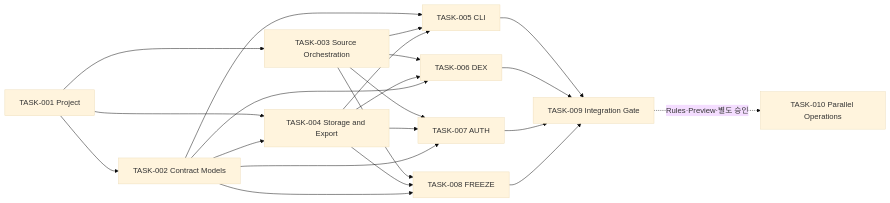
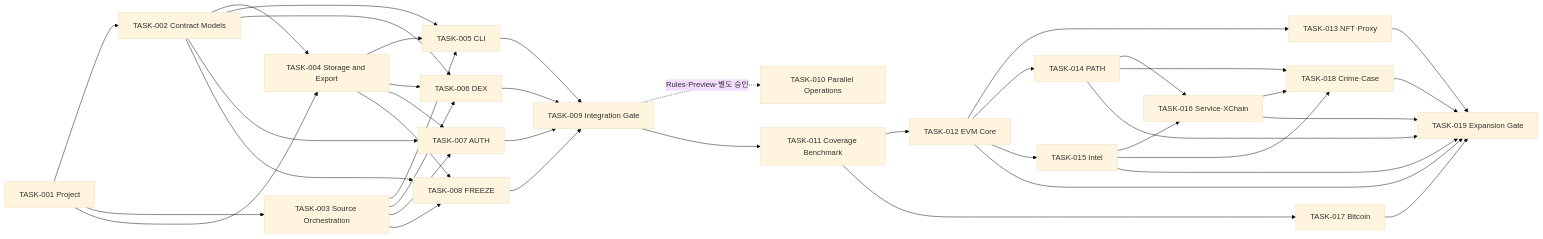
The diagram in docs/04_Logic_Progress/00_BACKLOG.md (azerckid/SCAN), drawn with Mermaid (base theme) before and after one commit. The commit also changed other lines of this file and 10 other files, not shown here.

First line of the commit message:
docs(roadmap): 예상문제 coverage 확장 Phase 2 계획

````diff
--- a/docs/04_Logic_Progress/00_BACKLOG.md
+++ b/docs/04_Logic_Progress/00_BACKLOG.md
@@ -67,24 +71,42 @@
 ```mermaid
 flowchart LR
     T1["TASK-001 Project"] --> T2["TASK-002 Contract Models"]
     T1 --> T3["TASK-003 Source Orchestration"]
     T1 --> T4["TASK-004 Storage and Export"]
     T2 --> T4
     T2 --> T5["TASK-005 CLI"]
     T3 --> T5
     T4 --> T5
     T3 --> T6["TASK-006 DEX"]
     T4 --> T6
     T2 --> T6
     T3 --> T7["TASK-007 AUTH"]
     T4 --> T7
     T2 --> T7
     T3 --> T8["TASK-008 FREEZE"]
     T4 --> T8
     T2 --> T8
     T5 --> T9["TASK-009 Integration Gate"]
     T6 --> T9
     T7 --> T9
     T8 --> T9
     T9 -. "Rules·Preview·별도 승인" .-> T10["TASK-010 Parallel Operations"]
+    T9 --> T11["TASK-011 Coverage Benchmark"]
+    T11 --> T12["TASK-012 EVM Core"]
+    T12 --> T13["TASK-013 NFT·Proxy"]
+    T12 --> T14["TASK-014 PATH"]
+    T12 --> T15["TASK-015 Intel"]
+    T14 --> T16["TASK-016 Service·XChain"]
+    T15 --> T16
+    T11 --> T17["TASK-017 Bitcoin"]
+    T14 --> T18["TASK-018 Crime·Case"]
+    T15 --> T18
+    T16 --> T18
+    T12 --> T19["TASK-019 Expansion Gate"]
+    T13 --> T19
+    T14 --> T19
+    T15 --> T19
+    T16 --> T19
+    T17 --> T19
+    T18 --> T19
 ```
````
